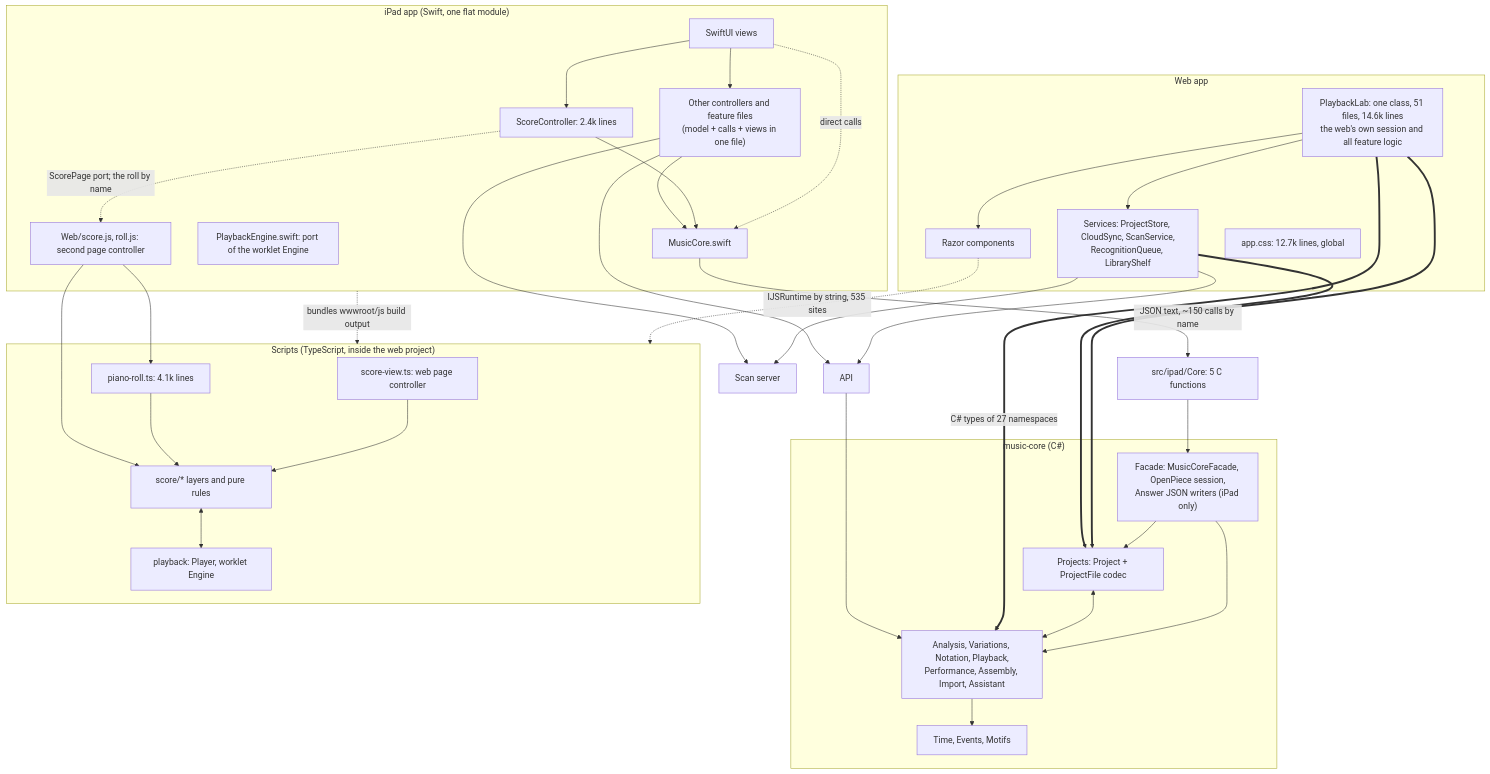
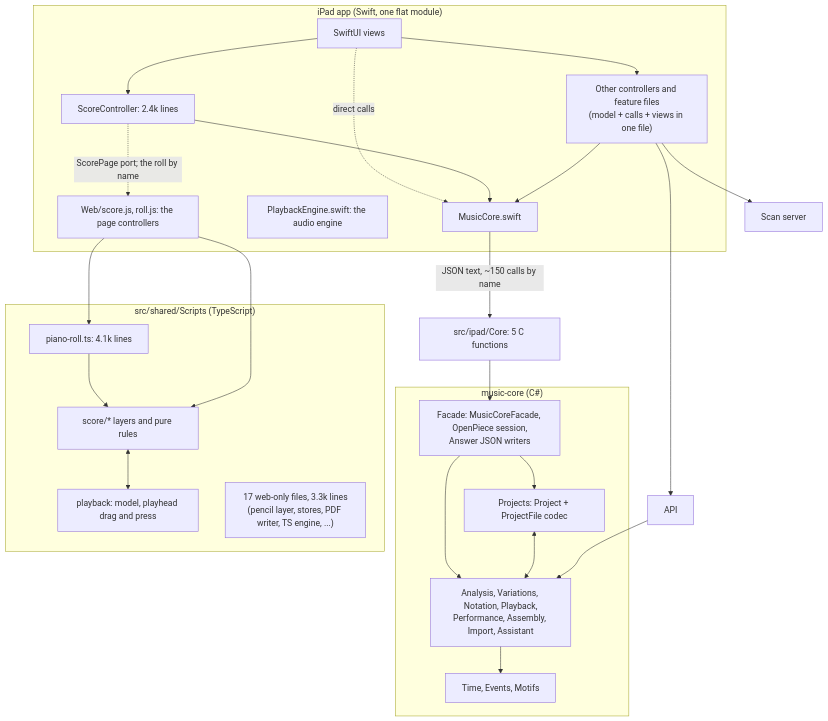
Before and after one commit to andreykukalev/motiff-lab: the first of 3 diagrams in docs/REFACTORING_AUDIT.md, drawn with Mermaid. The commit also changed other lines of this file, not shown here.

First line of the commit message:
Refactoring audit, second edition: refreshed for iPad-first and the new layout

````diff
--- a/docs/REFACTORING_AUDIT.md
+++ b/docs/REFACTORING_AUDIT.md
@@ -100,65 +170,48 @@
 ```mermaid
 flowchart TB
   subgraph CORE["music-core (C#)"]
     DOM["Time, Events, Motifs"]
     RULES["Analysis, Variations, Notation, Playback,<br/>Performance, Assembly, Import, Assistant"]
     PROJ["Projects: Project + ProjectFile codec"]
-    FAC["Facade: MusicCoreFacade, OpenPiece session,<br/>Answer JSON writers (iPad only)"]
+    FAC["Facade: MusicCoreFacade, OpenPiece session,<br/>Answer JSON writers"]
     FAC --> RULES
     FAC --> PROJ
     PROJ <--> RULES
     RULES --> DOM
   end
 
-  subgraph WEB["Web app"]
-    PL["PlaybackLab: one class, 51 files, 14.6k lines<br/>the web's own session and all feature logic"]
-    WSVC["Services: ProjectStore, CloudSync, ScanService,<br/>RecognitionQueue, LibraryShelf"]
-    RZ["Razor components"]
-    CSS["app.css: 12.7k lines, global"]
-    PL --> RZ
-    PL --> WSVC
-  end
-
-  subgraph TS["Scripts (TypeScript, inside the web project)"]
-    SV["score-view.ts: web page controller"]
+  subgraph SHARED["src/shared/Scripts (TypeScript)"]
     LAYERS["score/* layers and pure rules"]
     ROLL["piano-roll.ts: 4.1k lines"]
-    PB["playback: Player, worklet Engine"]
-    SV --> LAYERS
+    PB["playback: model, playhead drag and press"]
+    DEAD["17 web-only files, 3.3k lines<br/>(pencil layer, stores, PDF writer, TS engine, ...)"]
     ROLL --> LAYERS
     LAYERS <--> PB
   end
 
   subgraph IPAD["iPad app (Swift, one flat module)"]
     VIEWS["SwiftUI views"]
     SC["ScoreController: 2.4k lines"]
     CTRL["Other controllers and feature files<br/>(model + calls + views in one file)"]
-    SJS["Web/score.js, roll.js: second page controller"]
-    PE["PlaybackEngine.swift: port of the worklet Engine"]
+    SJS["Web/score.js, roll.js: the page controllers"]
+    PE["PlaybackEngine.swift: the audio engine"]
     MC["MusicCore.swift"]
     VIEWS --> SC
     VIEWS --> CTRL
     VIEWS -. "direct calls" .-> MC
     SC --> MC
     CTRL --> MC
   end
 
   NAT["src/ipad/Core: 5 C functions"]
   API["API"]
   OMR["Scan server"]
 
-  PL == "C# types of 27 namespaces" ==> RULES
-  PL ==> PROJ
-  WSVC ==> PROJ
-  RZ -. "IJSRuntime by string, 535 sites" .-> TS
   MC -- "JSON text, ~150 calls by name" --> NAT --> FAC
   SC -. "ScorePage port; the roll by name" .-> SJS
   SJS --> LAYERS
   SJS --> ROLL
-  IPAD -. "bundles wwwroot/js build output" .-> TS
   API --> RULES
-  WSVC --> API
   CTRL --> API
-  WSVC --> OMR
   CTRL --> OMR
 ```
````
